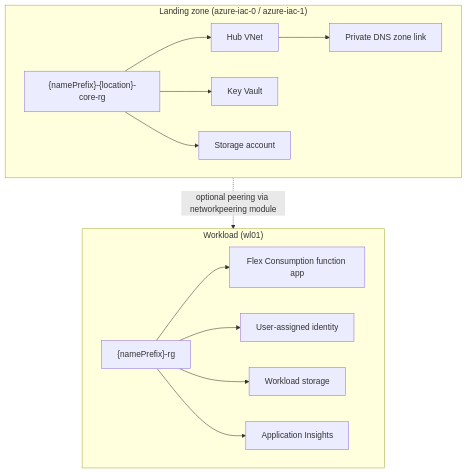
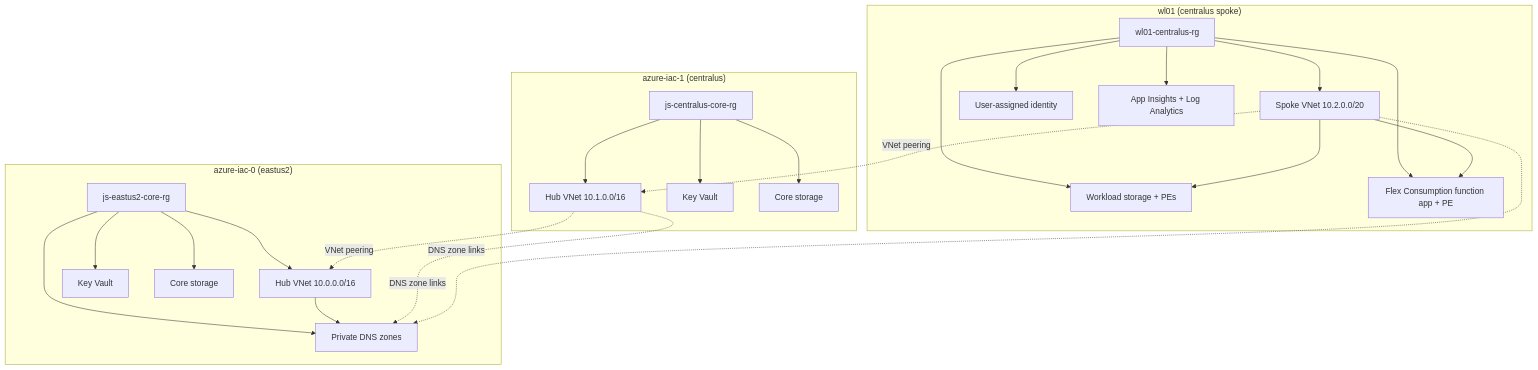
The diagram in README.md (jshurak/azure-iac), drawn with Mermaid before and after one commit. The commit also changed other lines of this file, not shown here.

Commit message:
Enhance README with multi-region architecture details and improved parameter documentation. Update deployment order and clarify resource group naming conventions.

````diff
--- a/README.md
+++ b/README.md
@@ -9,28 +11,45 @@
 ```mermaid
 flowchart TB
-  subgraph landing["Landing zone (azure-iac-0 / azure-iac-1)"]
-    RG["{namePrefix}-{location}-core-rg"]
-    VNet["Hub VNet"]
-    KV["Key Vault"]
-    SA["Storage account"]
-    DNS["Private DNS zone link"]
-    RG --> VNet
-    RG --> KV
-    RG --> SA
-    VNet --> DNS
+  subgraph eastus2["azure-iac-0 (eastus2)"]
+    RG0["js-eastus2-core-rg"]
+    H0["Hub VNet 10.0.0.0/16"]
+    DNS0["Private DNS zones"]
+    KV0["Key Vault"]
+    SA0["Core storage"]
+    RG0 --> H0
+    RG0 --> DNS0
+    RG0 --> KV0
+    RG0 --> SA0
+    H0 --> DNS0
   end
 
-  subgraph workload["Workload (wl01)"]
-    WRG["{namePrefix}-rg"]
-    FA["Flex Consumption function app"]
+  subgraph centralus["azure-iac-1 (centralus)"]
+    RG1["js-centralus-core-rg"]
+    H1["Hub VNet 10.1.0.0/16"]
+    KV1["Key Vault"]
+    SA1["Core storage"]
+    RG1 --> H1
+    RG1 --> KV1
+    RG1 --> SA1
+    H1 -.->|"VNet peering"| H0
+    H1 -.->|"DNS zone links"| DNS0
+  end
+
+  subgraph wl01stack["wl01 (centralus spoke)"]
+    WRG["wl01-centralus-rg"]
+    SPOKE["Spoke VNet 10.2.0.0/20"]
     ID["User-assigned identity"]
-    WSA["Workload storage"]
-    AI["Application Insights"]
-    WRG --> FA
+    WSA["Workload storage + PEs"]
+    AI["App Insights + Log Analytics"]
+    FA["Flex Consumption function app + PE"]
+    WRG --> SPOKE
     WRG --> ID
     WRG --> WSA
     WRG --> AI
+    WRG --> FA
+    SPOKE --> FA
+    SPOKE --> WSA
+    SPOKE -.->|"VNet peering"| H1
+    SPOKE -.->|"DNS zone links"| DNS0
   end
-
-  landing -.->|"optional peering via networkpeering module"| workload
 ```
````
